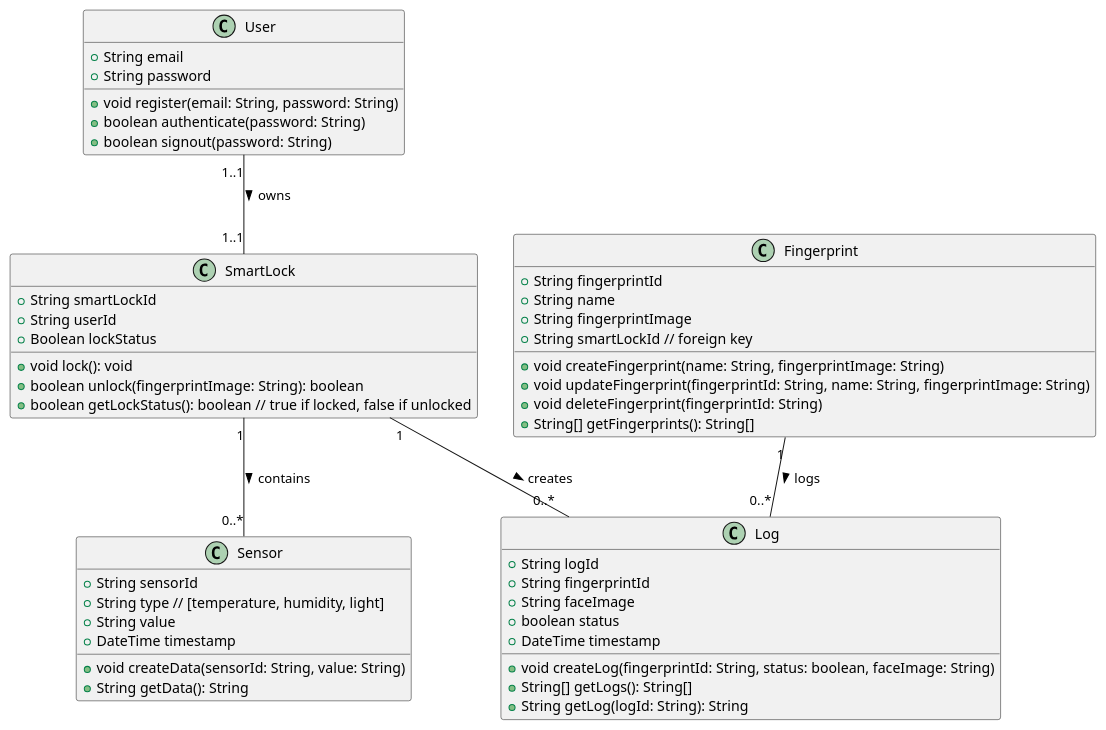
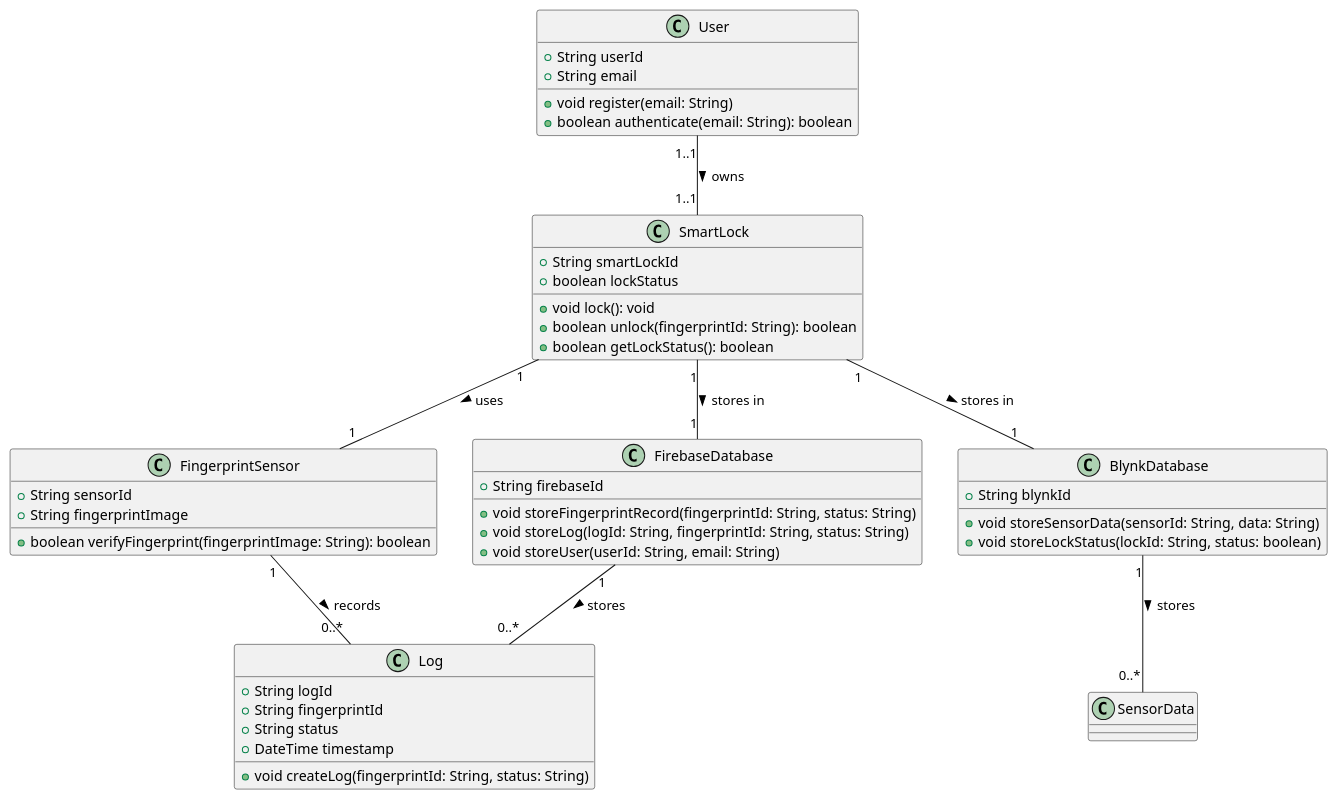
Before and after one commit to Yiwahpsp/Embedded-Project: the diagram in uml/smart-lock.puml, drawn with PlantUML. The commit also changed 6 other files, not shown here.

```diff
--- a/uml/smart-lock.puml
+++ b/uml/smart-lock.puml
@@ -1,54 +1,60 @@
-@startuml Simplified-Smart-Lock
+@startuml Smart-Lock
+
+' User Class - เก็บข้อมูลผู้ใช้
 class User {
+  +String userId
   +String email
-  +String password
-  +void register(email: String, password: String)
-  +boolean authenticate(password: String)
-  +boolean signout(password: String)
+  +void register(email: String)
+  +boolean authenticate(email: String): boolean
 }
 
+' SmartLock Class - เก็บข้อมูล Smart Lock
 class SmartLock {
   +String smartLockId
-  +String userId
-  +Boolean lockStatus
+  +boolean lockStatus
   +void lock(): void
-  +boolean unlock(fingerprintImage: String): boolean
-  +boolean getLockStatus(): boolean // true if locked, false if unlocked
+  +boolean unlock(fingerprintId: String): boolean
+  +boolean getLockStatus(): boolean
 }
 
-class Sensor {
+' FingerprintSensor Class - เก็บข้อมูลการสแกนนิ้ว
+class FingerprintSensor {
   +String sensorId
-  +String type // [temperature, humidity, light]
-  +String value
-  +DateTime timestamp
-  +void createData(sensorId: String, value: String)
-  +String getData(): String
+  +String fingerprintImage
+  +boolean verifyFingerprint(fingerprintImage: String): boolean
 }
 
+' FirebaseDatabase Class - เก็บข้อมูลใน Firebase
+class FirebaseDatabase {
+  +String firebaseId
+  +void storeFingerprintRecord(fingerprintId: String, status: String)
+  +void storeLog(logId: String, fingerprintId: String, status: String)
+  +void storeUser(userId: String, email: String)
+}
+
+' BlynkDatabase Class - เก็บข้อมูล Real-time เช่น Sensor Data
+class BlynkDatabase {
+  +String blynkId
+  +void storeSensorData(sensorId: String, data: String)
+  +void storeLockStatus(lockId: String, status: boolean)
+}
+
+' Log Class - เก็บข้อมูลการบันทึกการใช้งาน
 class Log {
   +String logId
   +String fingerprintId
-  +String faceImage
-  +boolean status
+  +String status
   +DateTime timestamp
-  +void createLog(fingerprintId: String, status: boolean, faceImage: String)
-  +String[] getLogs(): String[]
-  +String getLog(logId: String): String
+  +void createLog(fingerprintId: String, status: String)
 }
 
-class Fingerprint {
-  +String fingerprintId
-  +String name
-  +String fingerprintImage
-  +String smartLockId // foreign key
-  +void createFingerprint(name: String, fingerprintImage: String)
-  +void updateFingerprint(fingerprintId: String, name: String, fingerprintImage: String)
-  +void deleteFingerprint(fingerprintId: String)
-  +String[] getFingerprints(): String[]
-}
+' ความสัมพันธ์
+User "1..1" -- "1..1" SmartLock : owns >
+SmartLock "1" -- "1" FingerprintSensor : uses >
+SmartLock "1" -- "1" FirebaseDatabase : stores in >
+SmartLock "1" -- "1" BlynkDatabase : stores in >
+FingerprintSensor "1" -- "0..*" Log : records >
+FirebaseDatabase "1" -- "0..*" Log : stores >
+BlynkDatabase "1" -- "0..*" SensorData : stores >
 
-User "1..1" -- "1..1" SmartLock : owns >
-SmartLock "1" -- "0..*" Log : creates >
-SmartLock "1" -- "0..*" Sensor : contains >
-Fingerprint "1" -- "0..*" Log : logs >
 @enduml
```
